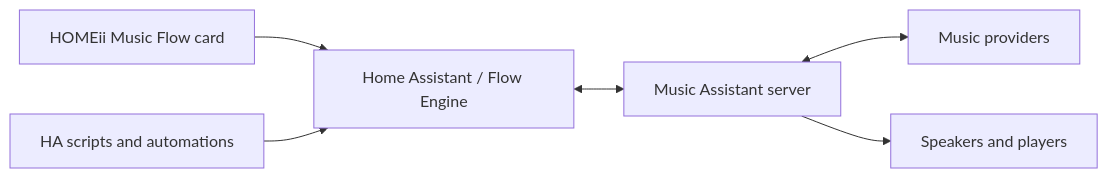
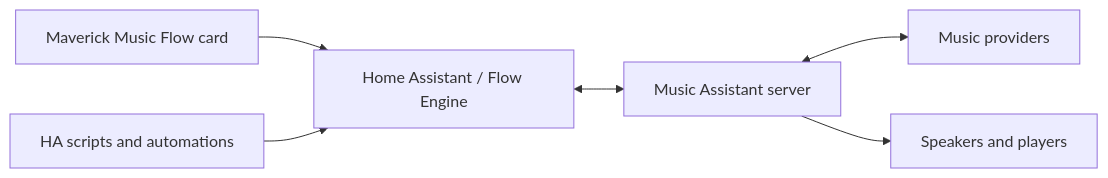
The diagram in README.md (ambient-home-systems/maverick-music-flow-engine), drawn with Mermaid before and after one commit. The commit also changed other lines of this file and 45 other files, not shown here.

First line of the commit message:
Rebrand fork to Maverick Music Flow Engine (H-2) (#23)

````diff
--- a/README.md
+++ b/README.md
@@ -61,8 +61,8 @@
 ```mermaid
 flowchart LR
-  Card[HOMEii Music Flow card] --> HA[Home Assistant / Flow Engine]
+  Card[Maverick Music Flow card] --> HA[Home Assistant / Flow Engine]
   Automations[HA scripts and automations] --> HA
   HA <--> MA[Music Assistant server]
   MA <--> Providers[Music providers]
   MA --> Players[Speakers and players]
 ```
````
